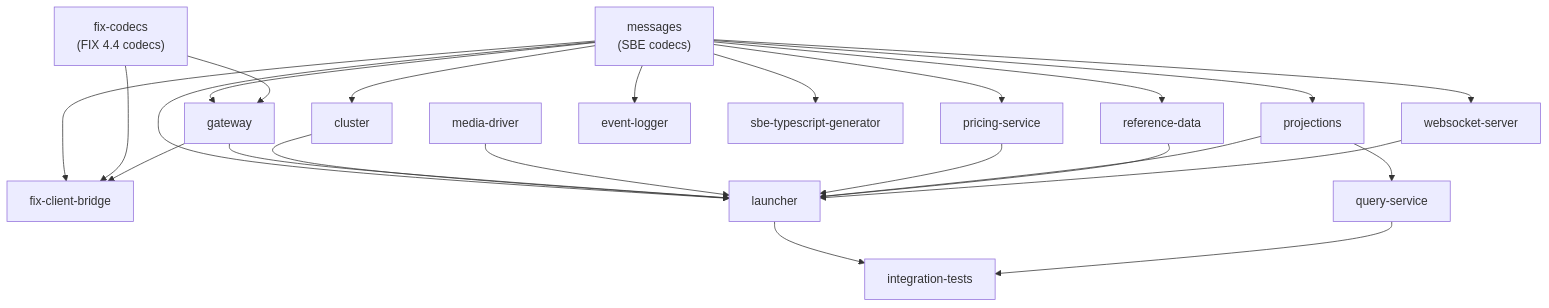
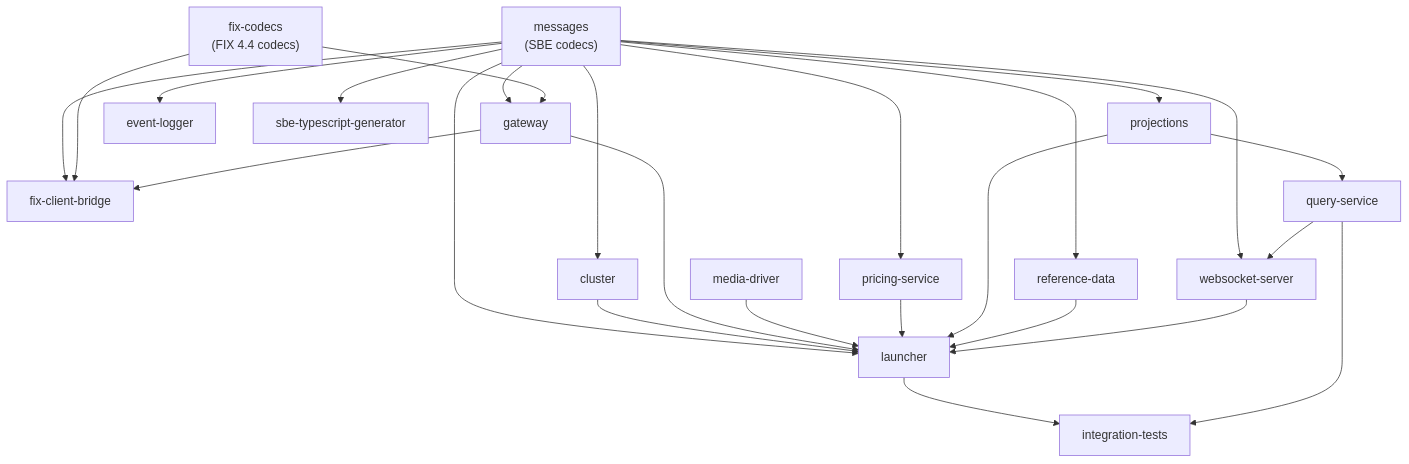
One commit to jsohi/app-trading-engine changed the second of 2 diagrams in docs/architecture.md. Above: the diagram before and after it, drawn with Mermaid. The commit also changed other lines of this file and 11 other files, not shown here.

First line of the commit message:
APP-35: rename Babl → Netty across all design docs + add websocket architecture doc

````diff
--- a/docs/architecture.md
+++ b/docs/architecture.md
@@ -62,34 +62,35 @@
 ```mermaid
 graph TB
     messages["messages<br/>(SBE codecs)"]
     fix-codecs["fix-codecs<br/>(FIX 4.4 codecs)"]
 
     messages --> cluster
     messages --> gateway
     messages --> projections
     messages --> pricing-service["pricing-service"]
     messages --> reference-data["reference-data"]
     messages --> fix-client-bridge["fix-client-bridge"]
     messages --> websocket-server["websocket-server"]
     messages --> event-logger["event-logger"]
     messages --> sbe-ts-generator["sbe-typescript-generator"]
     messages --> launcher
 
     fix-codecs --> gateway
     fix-codecs --> fix-client-bridge
 
     cluster --> launcher
     gateway --> launcher
     media-driver["media-driver"] --> launcher
     pricing-service --> launcher
     projections --> launcher
     reference-data --> launcher
     websocket-server --> launcher
 
     projections --> query-service["query-service"]
+    query-service --> websocket-server
 
     gateway --> fix-client-bridge
 
     launcher --> integration-tests["integration-tests"]
     query-service --> integration-tests
 ```
````
